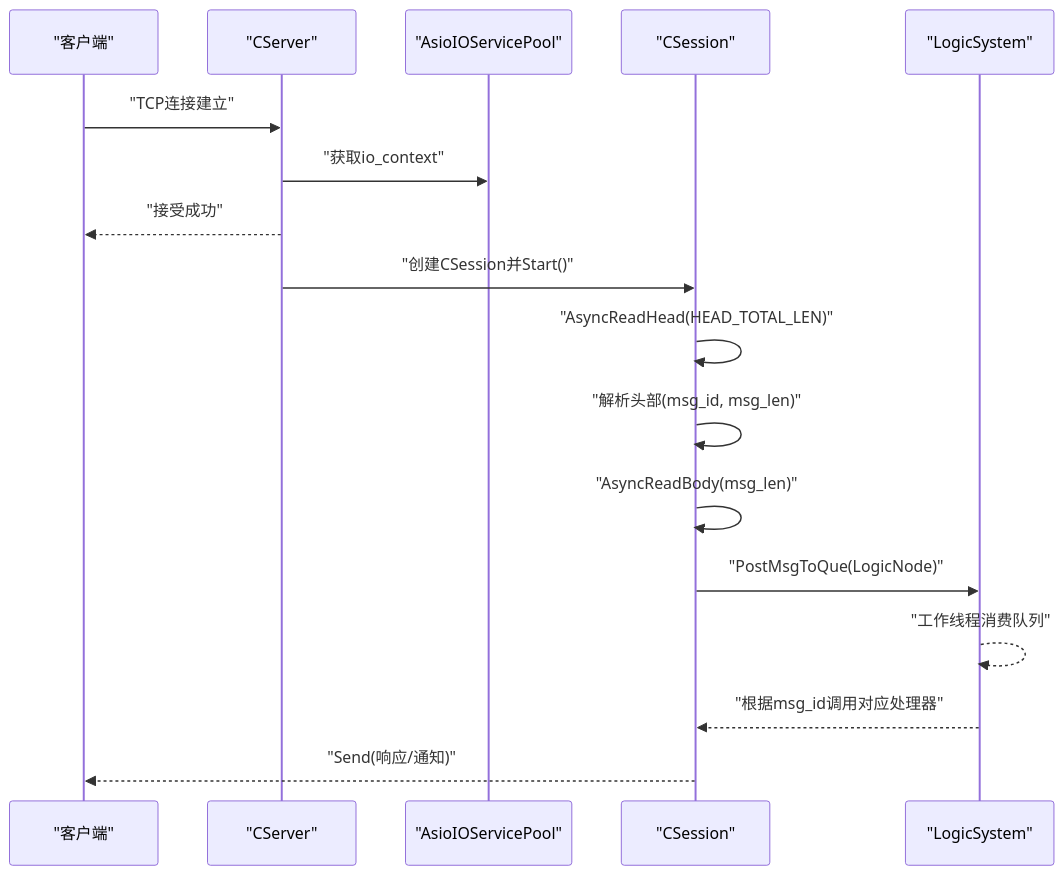
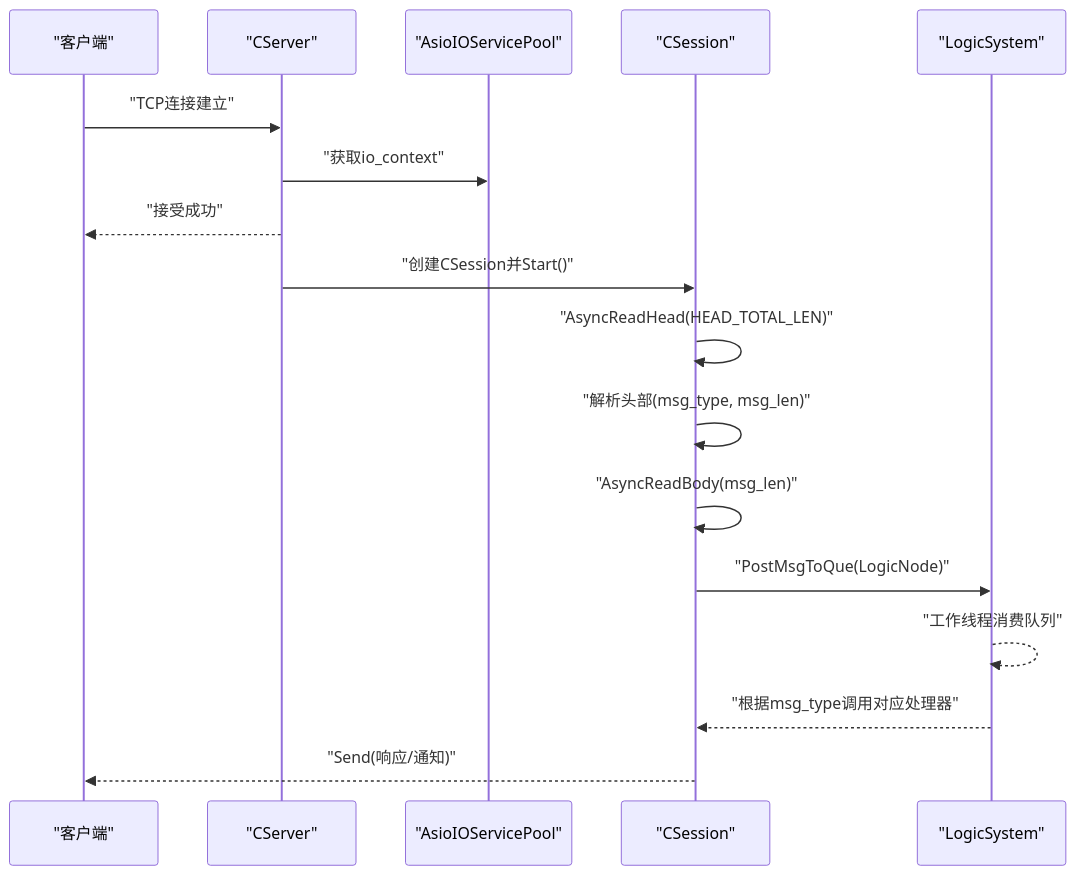
The second of 7 diagrams in .qoder/repowiki/zh/content/服务端开发/ChatServer聊天核心服务/会话管理/会话管理.md (echo9923/mychatter), drawn with Mermaid before and after one commit. The commit also changed other lines of this file and 128 other files, not shown here.

First line of the commit message:
refactor(protocol): TCP 帧头消息类型 msg_id 全局改名为 msg_type

````diff
--- a/.qoder/repowiki/zh/content/服务端开发/ChatServer聊天核心服务/会话管理/会话管理.md
+++ b/.qoder/repowiki/zh/content/服务端开发/ChatServer聊天核心服务/会话管理/会话管理.md
@@ -109,19 +109,19 @@
 ```mermaid
 sequenceDiagram
 participant Client as "客户端"
 participant Server as "CServer"
 participant Pool as "AsioIOServicePool"
 participant Session as "CSession"
 participant Logic as "LogicSystem"
 Client->>Server : "TCP连接建立"
 Server->>Pool : "获取io_context"
 Server-->>Client : "接受成功"
 Server->>Session : "创建CSession并Start()"
 Session->>Session : "AsyncReadHead(HEAD_TOTAL_LEN)"
-Session->>Session : "解析头部(msg_id, msg_len)"
+Session->>Session : "解析头部(msg_type, msg_len)"
 Session->>Session : "AsyncReadBody(msg_len)"
 Session->>Logic : "PostMsgToQue(LogicNode)"
 Logic-->>Logic : "工作线程消费队列"
-Logic-->>Session : "根据msg_id调用对应处理器"
+Logic-->>Session : "根据msg_type调用对应处理器"
 Session-->>Client : "Send(响应/通知)"
 ```
````
